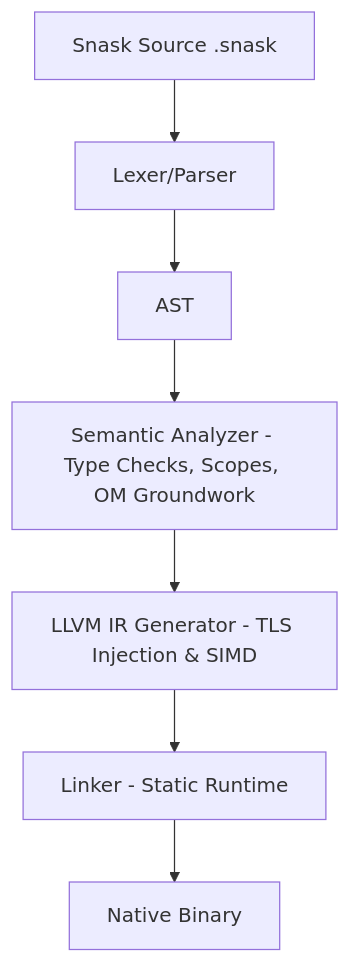
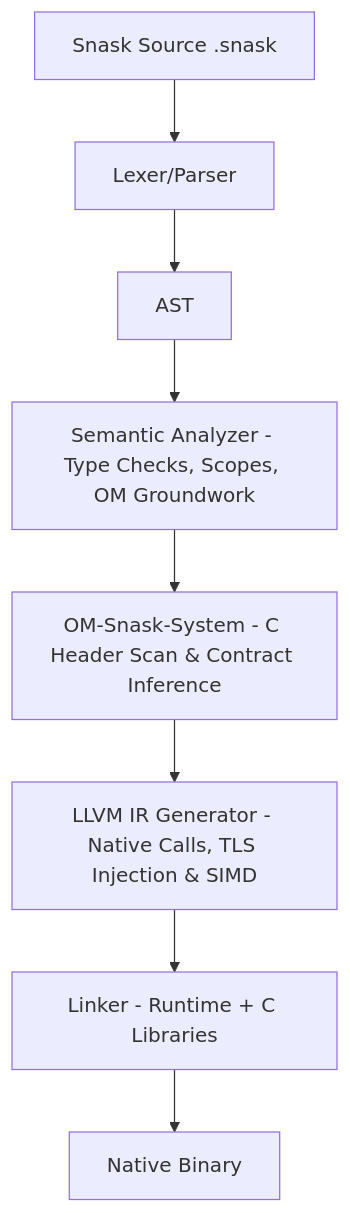
Before and after one commit to rancidavi-dotcom/TheSnask: the diagram in docs/ARCHITECTURE.md, drawn with Mermaid. The commit also changed other lines of this file and 59 other files, not shown here.

````diff
--- a/docs/ARCHITECTURE.md
+++ b/docs/ARCHITECTURE.md
@@ -17,9 +17,10 @@
 ```mermaid
 graph TD
     A[Snask Source .snask] --> B[Lexer/Parser]
     B --> C[AST]
     C --> D[Semantic Analyzer - Type Checks, Scopes, OM Groundwork]
-    D --> E[LLVM IR Generator - TLS Injection & SIMD]
-    E --> F[Linker - Static Runtime]
+    D --> OM[OM-Snask-System - C Header Scan & Contract Inference]
+    OM --> E[LLVM IR Generator - Native Calls, TLS Injection & SIMD]
+    E --> F[Linker - Runtime + C Libraries]
     F --> G[Native Binary]
 ```
````
